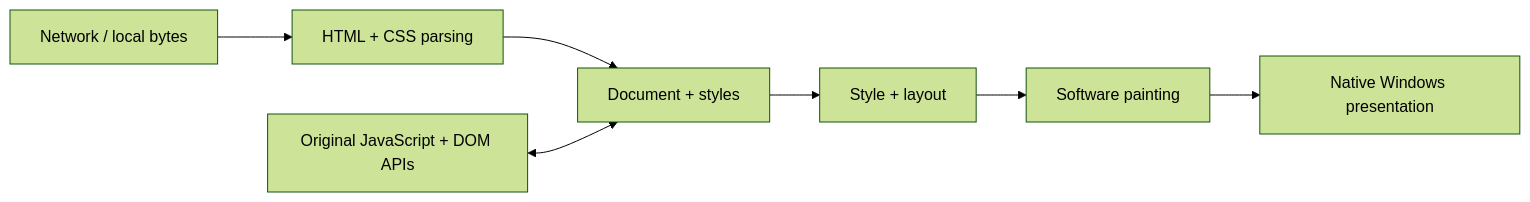
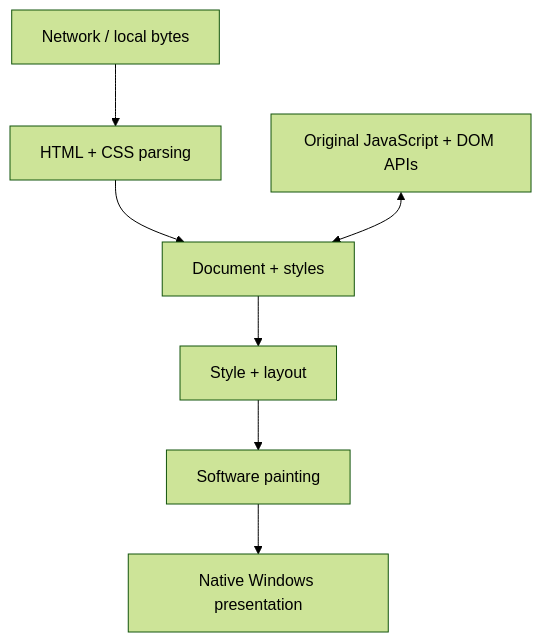
The diagram in README.md (c-a-t-f-o-o-d/chezcat-browser), drawn with Mermaid (forest theme) before and after one commit. The commit also changed other lines of this file and 12 other files, not shown here.

````diff
--- a/README.md
+++ b/README.md
@@ -126,9 +148,9 @@
 ```mermaid
-flowchart LR
+flowchart TD
     INPUT["Network / local bytes"] --> PARSE["HTML + CSS parsing"]
     PARSE --> DOM["Document + styles"]
     JS["Original JavaScript + DOM APIs"] <--> DOM
     DOM --> LAYOUT["Style + layout"]
     LAYOUT --> PAINT["Software painting"]
     PAINT --> WINDOW["Native Windows presentation"]
 ```
````
